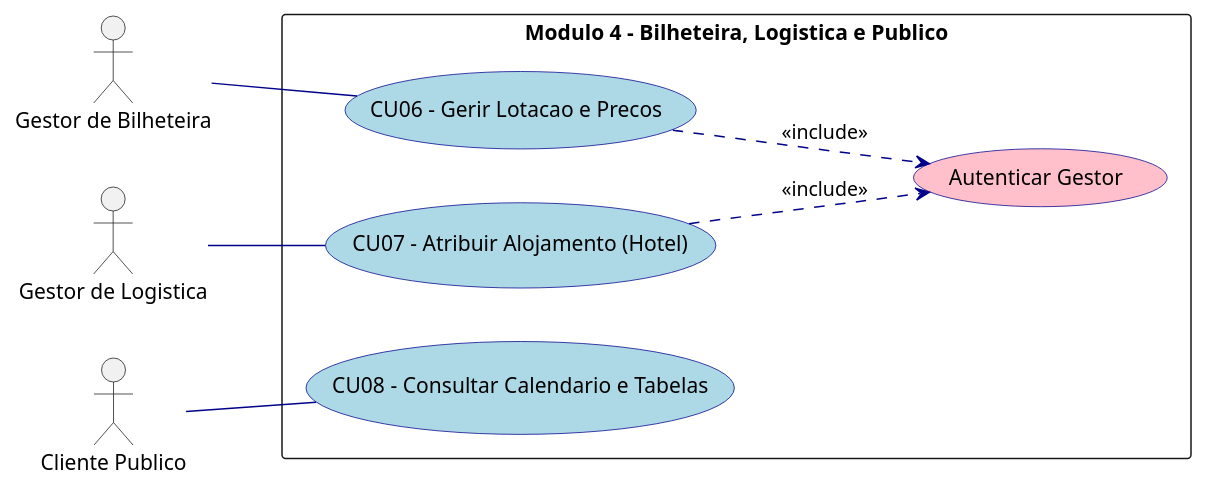
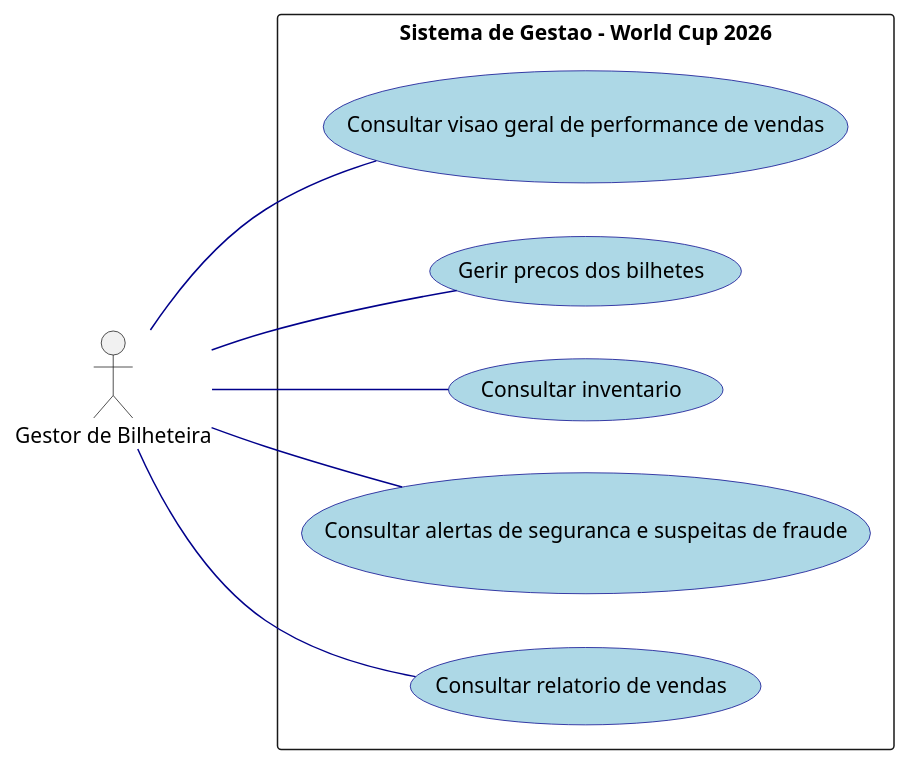
Before and after one commit to experimentos373-creator/ES: the tenth of 10 diagrams in DIAGRAMA_CASOS_USO.md, drawn with PlantUML. The commit also changed other lines of this file and 1 other file, not shown here.

Commit message:
docs(iconix): atualizar diagramas de casos de uso para fidelidade 100% com imagens oficiais

````diff
--- a/DIAGRAMA_CASOS_USO.md
+++ b/DIAGRAMA_CASOS_USO.md
@@ -221,29 +288,27 @@
 ```plantuml
 @startuml
 left to right direction
 skinparam packageStyle rectangle
 skinparam usecase {
   BackgroundColor LightBlue
   BorderColor DarkBlue
   ArrowColor DarkBlue
 }
 
 actor "Gestor de Bilheteira" as GBilh
-actor "Gestor de Logistica" as GLog
-actor "Cliente Publico" as Pub
 
-rectangle "Modulo 4 - Bilheteira, Logistica e Publico" {
-  usecase "Autenticar Gestor" as Login #Pink
-  usecase "CU06 - Gerir Lotacao e Precos" as CU06
-  usecase "CU07 - Atribuir Alojamento (Hotel)" as CU07
-  usecase "CU08 - Consultar Calendario e Tabelas" as CU08
+rectangle "Sistema de Gestao - World Cup 2026" {
+  usecase "Consultar visao geral de performance de vendas" as CU1
+  usecase "Gerir precos dos bilhetes" as CU2
+  usecase "Consultar inventario" as CU3
+  usecase "Consultar alertas de seguranca e suspeitas de fraude" as CU4
+  usecase "Consultar relatorio de vendas" as CU5
 }
 
-GBilh -- CU06
-GLog -- CU07
-Pub -- CU08
-
-CU06 ..> Login : <<include>>
-CU07 ..> Login : <<include>>
+GBilh -- CU1
+GBilh -- CU2
+GBilh -- CU3
+GBilh -- CU4
+GBilh -- CU5
 @enduml
 ```
````
